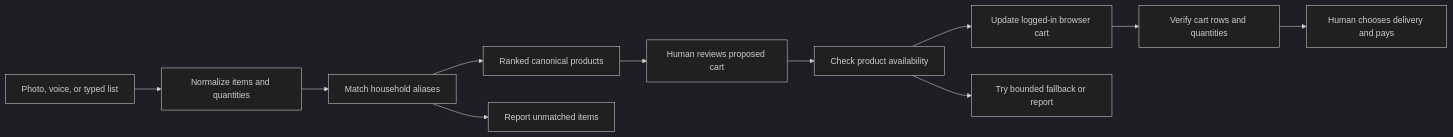
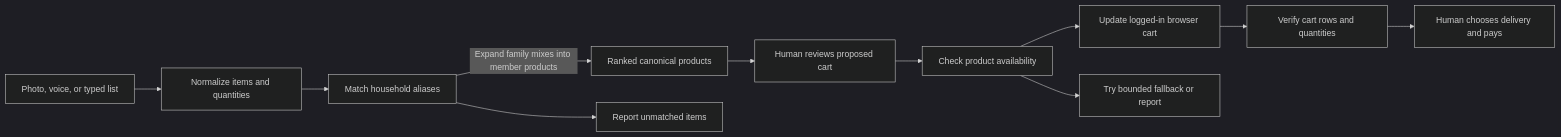
The diagram in docs/case-study.md (vokativ/grocery-shopping-redmart), drawn with Mermaid (dark theme) before and after one commit. The commit also changed other lines of this file and 14 other files, not shown here.

````diff
--- a/docs/case-study.md
+++ b/docs/case-study.md
@@ -30,13 +31,13 @@
 ```mermaid
 flowchart LR
     A["Photo, voice, or typed list"] --> B["Normalize items and quantities"]
     B --> C["Match household aliases"]
-    C --> D["Ranked canonical products"]
+    C -->|Expand family mixes into member products| D["Ranked canonical products"]
     D --> E["Human reviews proposed cart"]
     E --> F["Check product availability"]
     F --> G["Update logged-in browser cart"]
     G --> H["Verify cart rows and quantities"]
     H --> I["Human chooses delivery and pays"]
     C --> J["Report unmatched items"]
     F --> K["Try bounded fallback or report"]
 ```
````
